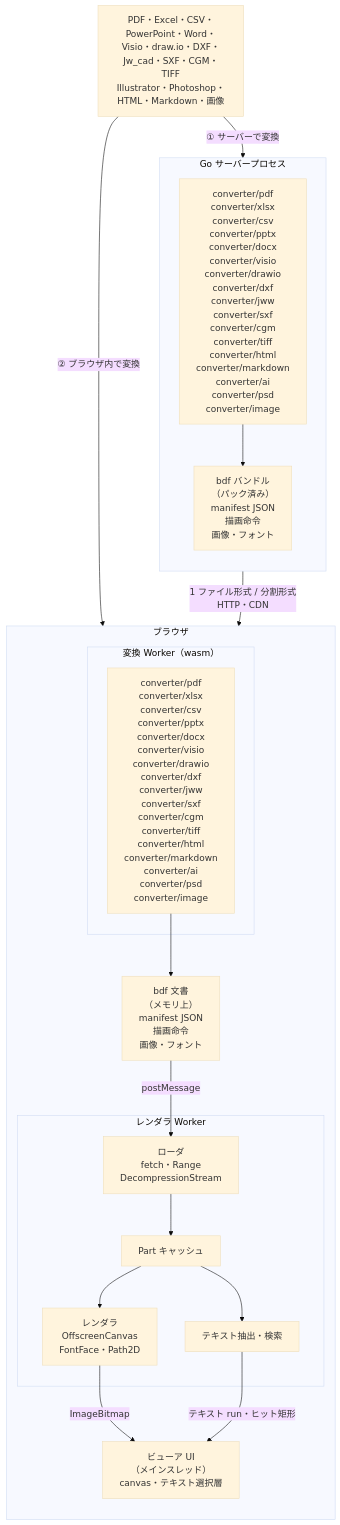
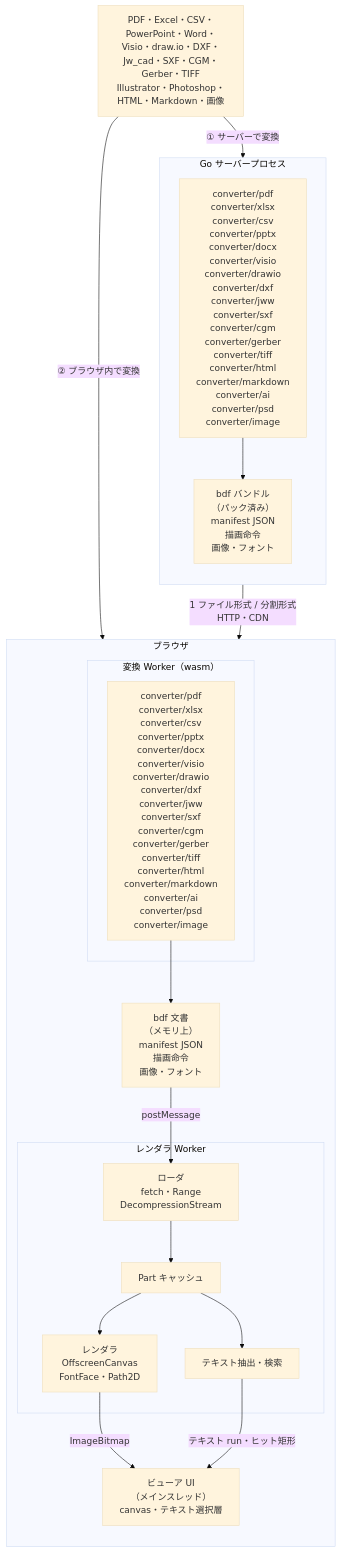
One commit to shibukawa/bdf changed the diagram in README.ja.md. Above: the diagram before and after it, drawn with Mermaid (base theme). The commit also changed other lines of this file and 41 other files, not shown here.

````diff
--- a/README.ja.md
+++ b/README.ja.md
@@ -20,37 +20,37 @@
 ```mermaid
 flowchart TB
-    SRC["PDF・Excel・CSV・PowerPoint・Word・Visio・draw.io・DXF・Jw_cad・SXF・CGM・TIFF<br/>Illustrator・Photoshop・HTML・Markdown・画像"]
+    SRC["PDF・Excel・CSV・PowerPoint・Word・Visio・draw.io・DXF・Jw_cad・SXF・CGM・Gerber・TIFF<br/>Illustrator・Photoshop・HTML・Markdown・画像"]
 
     subgraph SERVER["Go サーバープロセス"]
         direction TB
-        SCONV["converter/pdf<br/>converter/xlsx<br/>converter/csv<br/>converter/pptx<br/>converter/docx<br/>converter/visio<br/>converter/drawio<br/>converter/dxf<br/>converter/jww<br/>converter/sxf<br/>converter/cgm<br/>converter/tiff<br/>converter/html<br/>converter/markdown<br/>converter/ai<br/>converter/psd<br/>converter/image"]
+        SCONV["converter/pdf<br/>converter/xlsx<br/>converter/csv<br/>converter/pptx<br/>converter/docx<br/>converter/visio<br/>converter/drawio<br/>converter/dxf<br/>converter/jww<br/>converter/sxf<br/>converter/cgm<br/>converter/gerber<br/>converter/tiff<br/>converter/html<br/>converter/markdown<br/>converter/ai<br/>converter/psd<br/>converter/image"]
         BUNDLE["bdf バンドル<br/>（パック済み）<br/>manifest JSON<br/>描画命令<br/>画像・フォント"]
         SCONV --> BUNDLE
     end
 
     subgraph BROWSER["ブラウザ"]
         direction TB
         subgraph CWORKER["変換 Worker（wasm）"]
-            WCONV["converter/pdf<br/>converter/xlsx<br/>converter/csv<br/>converter/pptx<br/>converter/docx<br/>converter/visio<br/>converter/drawio<br/>converter/dxf<br/>converter/jww<br/>converter/sxf<br/>converter/cgm<br/>converter/tiff<br/>converter/html<br/>converter/markdown<br/>converter/ai<br/>converter/psd<br/>converter/image"]
+            WCONV["converter/pdf<br/>converter/xlsx<br/>converter/csv<br/>converter/pptx<br/>converter/docx<br/>converter/visio<br/>converter/drawio<br/>converter/dxf<br/>converter/jww<br/>converter/sxf<br/>converter/cgm<br/>converter/gerber<br/>converter/tiff<br/>converter/html<br/>converter/markdown<br/>converter/ai<br/>converter/psd<br/>converter/image"]
         end
         PARTS["bdf 文書<br/>（メモリ上）<br/>manifest JSON<br/>描画命令<br/>画像・フォント"]
         subgraph RWORKER["レンダラ Worker"]
             LOADER["ローダ<br/>fetch・Range<br/>DecompressionStream"]
             STORE["Part キャッシュ"]
             RENDER["レンダラ<br/>OffscreenCanvas<br/>FontFace・Path2D"]
             TEXT["テキスト抽出・検索"]
             LOADER --> STORE
             STORE --> RENDER
             STORE --> TEXT
         end
         UI["ビューア UI<br/>（メインスレッド）<br/>canvas・テキスト選択層"]
         WCONV --> PARTS
     end
 
     SRC -- "① サーバーで変換" --> SCONV
     SRC -- "② ブラウザ内で変換" --> WCONV
     BUNDLE -- "1 ファイル形式 / 分割形式<br/>HTTP・CDN" --> LOADER
     PARTS -- "postMessage" --> LOADER
     RENDER -- "ImageBitmap" --> UI
     TEXT -- "テキスト run・ヒット矩形" --> UI
 ```
````
